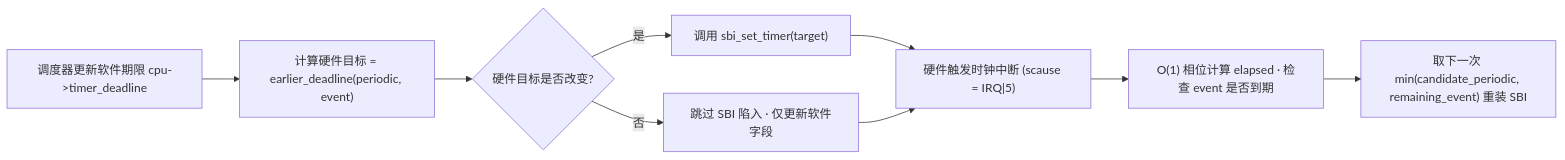
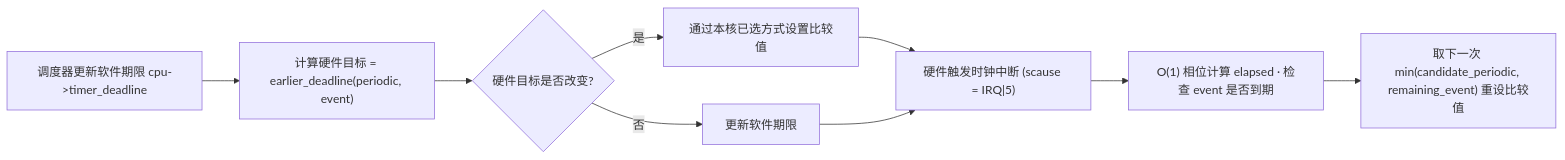
One commit to Freefor100/BoarOS changed the diagram in docs/modules/riscv-timer.md. Above: the diagram before and after it, drawn with Mermaid. The commit also changed other lines of this file and 9 other files, not shown here.

````diff
--- a/docs/modules/riscv-timer.md
+++ b/docs/modules/riscv-timer.md
@@ -67,16 +70,16 @@
 ```mermaid
 flowchart LR
     Set["调度器更新软件期限 cpu->timer_deadline"]
     Min["计算硬件目标 = earlier_deadline(periodic, event)"]
     Cmp{"硬件目标是否改变?"}
-    SBI["调用 sbi_set_timer(target)"]
-    Skip["跳过 SBI 陷入 · 仅更新软件字段"]
+    Program["通过本核已选方式设置比较值"]
+    Skip["更新软件期限"]
     IRQ["硬件触发时钟中断 (scause = IRQ|5)"]
     Adv["O(1) 相位计算 elapsed · 检查 event 是否到期"]
-    Rearm["取下一次 min(candidate_periodic, remaining_event) 重装 SBI"]
+    Rearm["取下一次 min(candidate_periodic, remaining_event) 重设比较值"]
 
     Set --> Min --> Cmp
-    Cmp -- "是" --> SBI --> IRQ
+    Cmp -- "是" --> Program --> IRQ
     Cmp -- "否" --> Skip --> IRQ
     IRQ --> Adv --> Rearm
 ```
````
